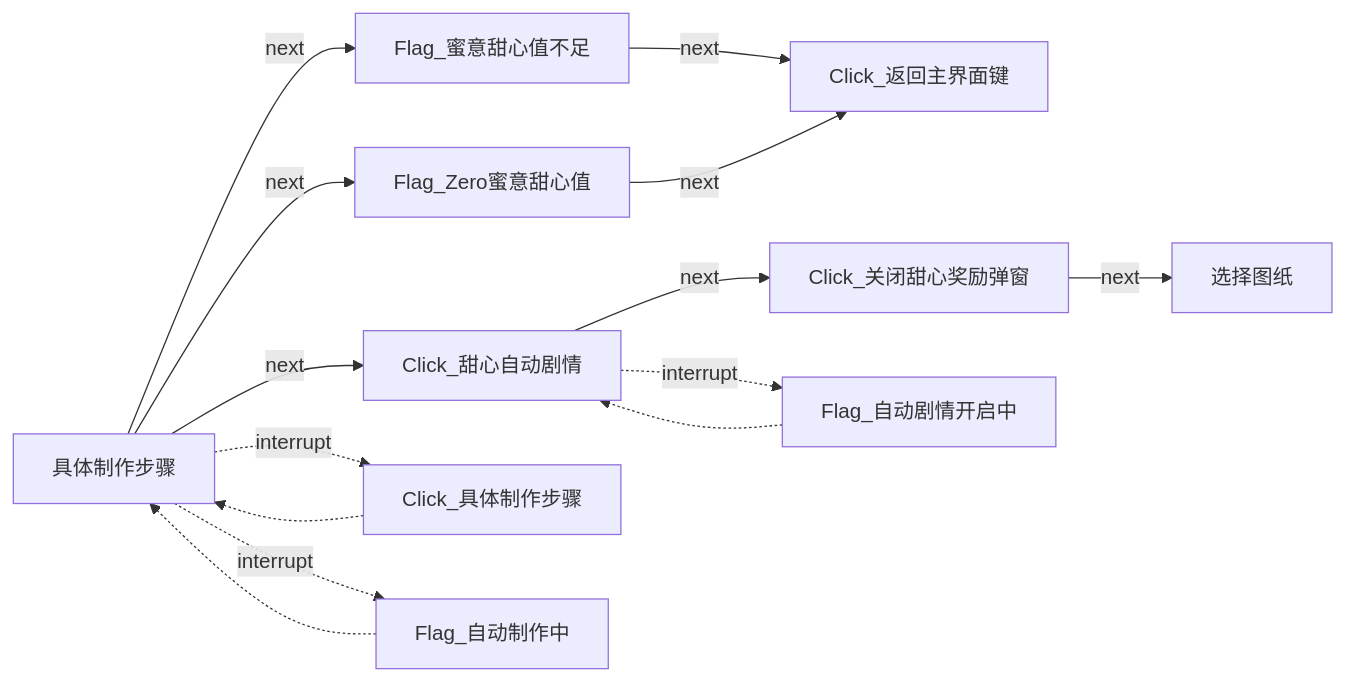
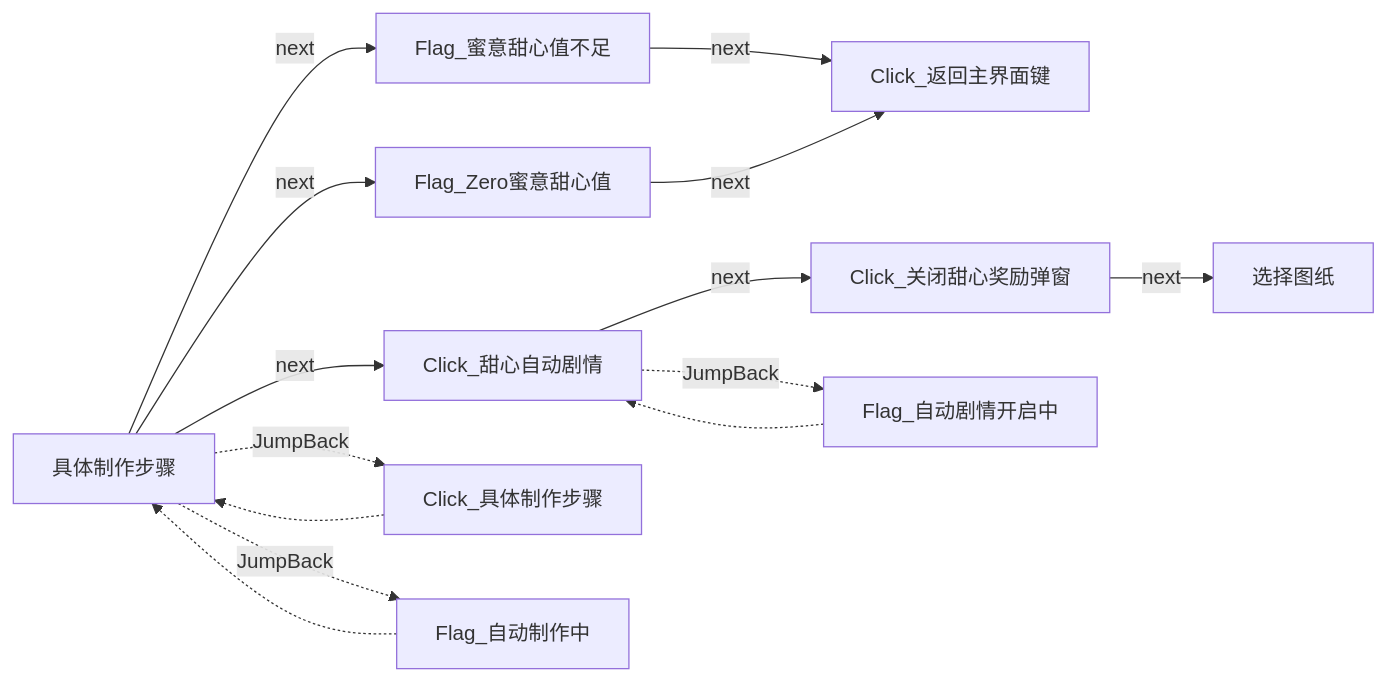
Before and after one commit to Coxwtwo/MaaTOT: diagram 18 of 40 in docs/zh_cn/develop/Pipeline说明.md, drawn with Mermaid. The commit also changed other lines of this file, not shown here.

Commit message:
docs: 完善 Pipeline 说明，新增未名市移动、未名市周任务文档，interrupt→JumpBack(MaaFramework v5.1 起已废弃 interrupt 字段）

````diff
--- a/docs/zh_cn/develop/Pipeline说明.md
+++ b/docs/zh_cn/develop/Pipeline说明.md
@@ -430,16 +430,16 @@
 ```mermaid
 flowchart LR
     n8["具体制作步骤"] -->|next| n14["Flag_蜜意甜心值不足"]
     n8["具体制作步骤"] -->|next| n15["Flag_Zero蜜意甜心值"]
     n8["具体制作步骤"] -->|next| n16["Click_甜心自动剧情"]
-    n8["具体制作步骤"] -.->|interrupt| n17["Click_具体制作步骤"]
+    n8["具体制作步骤"] -.->|JumpBack| n17["Click_具体制作步骤"]
     n17 -.-> n8
-    n8["具体制作步骤"] -.->|interrupt| n18["Flag_自动制作中"]
+    n8["具体制作步骤"] -.->|JumpBack| n18["Flag_自动制作中"]
     n18 -.-> n8
     n14["Flag_蜜意甜心值不足"]  -->|next| n10["Click_返回主界面键"]
     n15["Flag_Zero蜜意甜心值"] -->|next| n10["Click_返回主界面键"]
     n16["Click_甜心自动剧情"] -->|next| n19["Click_关闭甜心奖励弹窗"]
-    n16["Click_甜心自动剧情"] -.->|interrupt| n20["Flag_自动剧情开启中"]
+    n16["Click_甜心自动剧情"] -.->|JumpBack| n20["Flag_自动剧情开启中"]
     n20 -.-> n16
     n19["Click_关闭甜心奖励弹窗"] -->|next| n3["选择图纸"]
 ```
````
